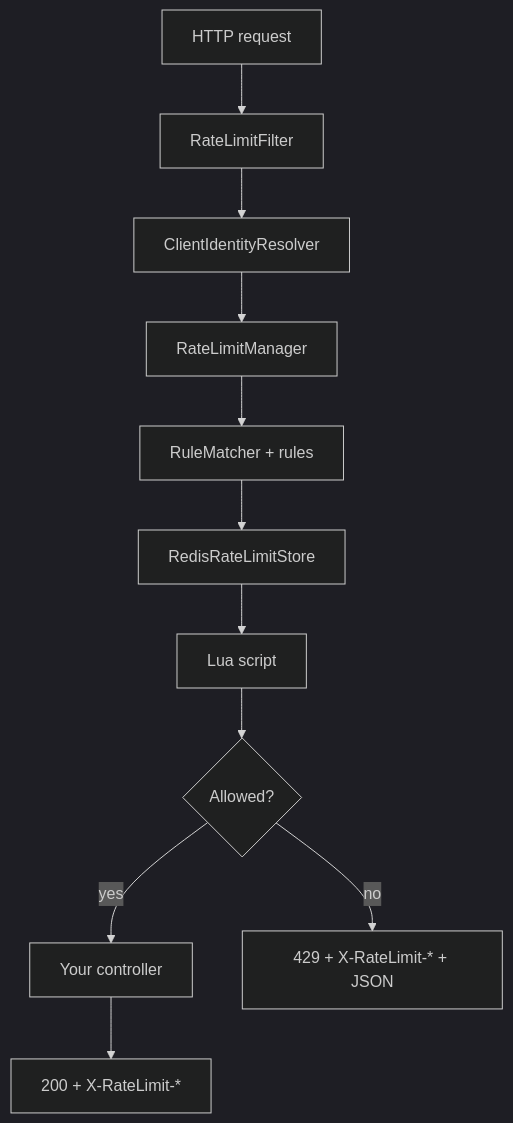
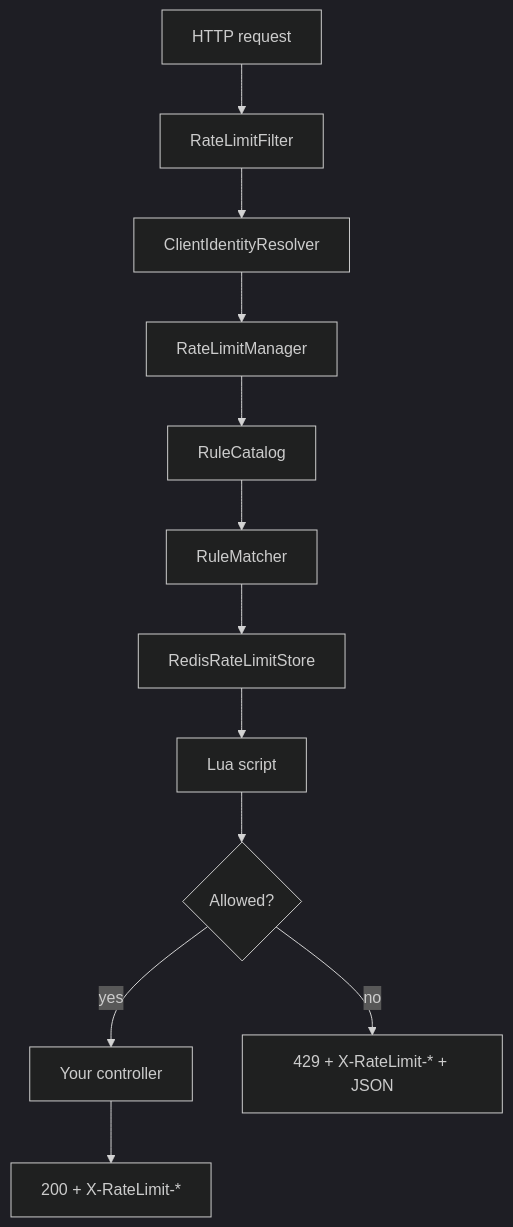
Before and after one commit to Aryan20apr/Distributed-Rate-Limiter: the second of 3 diagrams in README.md, drawn with Mermaid (dark theme). The commit also changed other lines of this file, not shown here.

````diff
--- a/README.md
+++ b/README.md
@@ -59,13 +71,14 @@
 ```mermaid
 flowchart TD
     REQ[HTTP request] --> FILTER[RateLimitFilter]
     FILTER --> ID[ClientIdentityResolver]
     ID --> MGR[RateLimitManager]
-    MGR --> RULES[RuleMatcher + rules]
+    MGR --> CATALOG[RuleCatalog]
+    CATALOG --> RULES[RuleMatcher]
     RULES --> STORE[RedisRateLimitStore]
     STORE --> LUA[Lua script]
     LUA --> OK{Allowed?}
     OK -->|yes| API[Your controller]
     OK -->|no| DENY[429 + X-RateLimit-* + JSON]
     API --> RES[200 + X-RateLimit-*]
 ```
````
